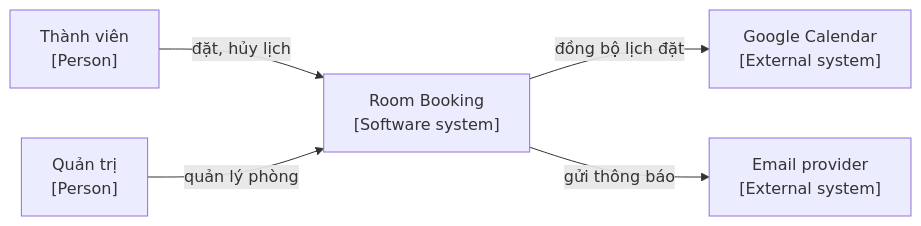
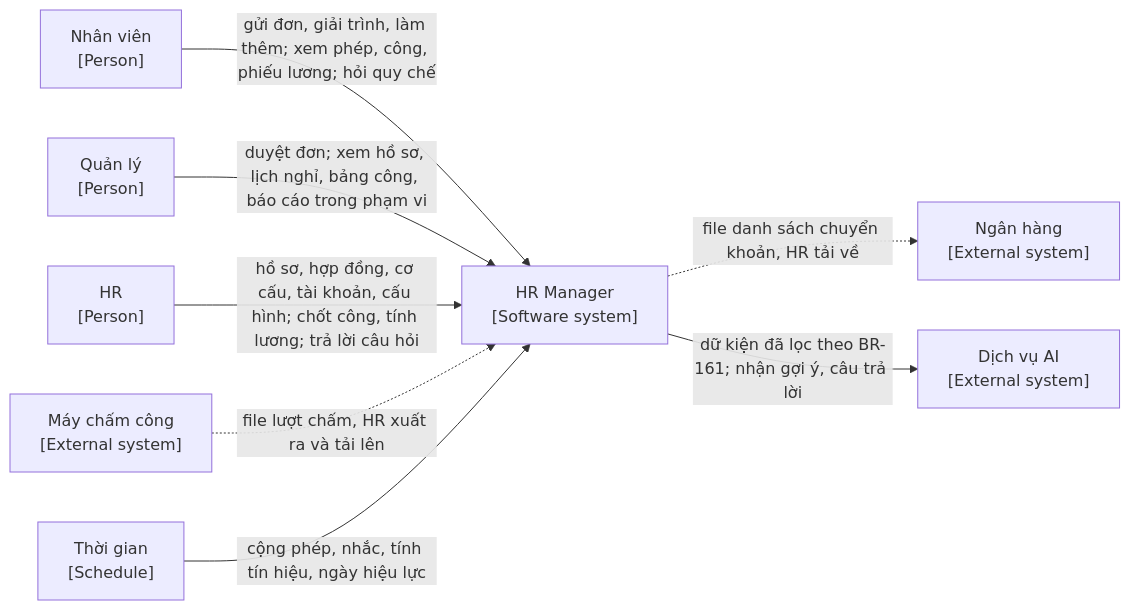
The first of 2 diagrams in ARCHITECTURE.md (pbaodev/hr-manager), drawn with Mermaid before and after one commit. The commit also changed other lines of this file and 9 other files, not shown here.

````diff
--- a/ARCHITECTURE.md
+++ b/ARCHITECTURE.md
@@ -17,7 +21,10 @@
 ```mermaid
 flowchart LR
-  member["Thành viên<br/>[Person]"] -->|"đặt, hủy lịch"| system["Room Booking<br/>[Software system]"]
-  admin["Quản trị<br/>[Person]"] -->|"quản lý phòng"| system
-  system -->|"đồng bộ lịch đặt"| gcal["Google Calendar<br/>[External system]"]
-  system -->|"gửi thông báo"| mail["Email provider<br/>[External system]"]
+  nv["Nhân viên<br/>[Person]"] -->|"gửi đơn, giải trình, làm thêm; xem phép, công, phiếu lương; hỏi quy chế"| system["HR Manager<br/>[Software system]"]
+  ql["Quản lý<br/>[Person]"] -->|"duyệt đơn; xem hồ sơ, lịch nghỉ, bảng công, báo cáo trong phạm vi"| system
+  hr["HR<br/>[Person]"] -->|"hồ sơ, hợp đồng, cơ cấu, tài khoản, cấu hình; chốt công, tính lương; trả lời câu hỏi"| system
+  clock["Máy chấm công<br/>[External system]"] -.->|"file lượt chấm, HR xuất ra và tải lên"| system
+  system -.->|"file danh sách chuyển khoản, HR tải về"| bank["Ngân hàng<br/>[External system]"]
+  system -->|"dữ kiện đã lọc theo BR-161; nhận gợi ý, câu trả lời"| ai["Dịch vụ AI<br/>[External system]"]
+  timer["Thời gian<br/>[Schedule]"] -->|"cộng phép, nhắc, tính tín hiệu, ngày hiệu lực"| system
 ```
````
